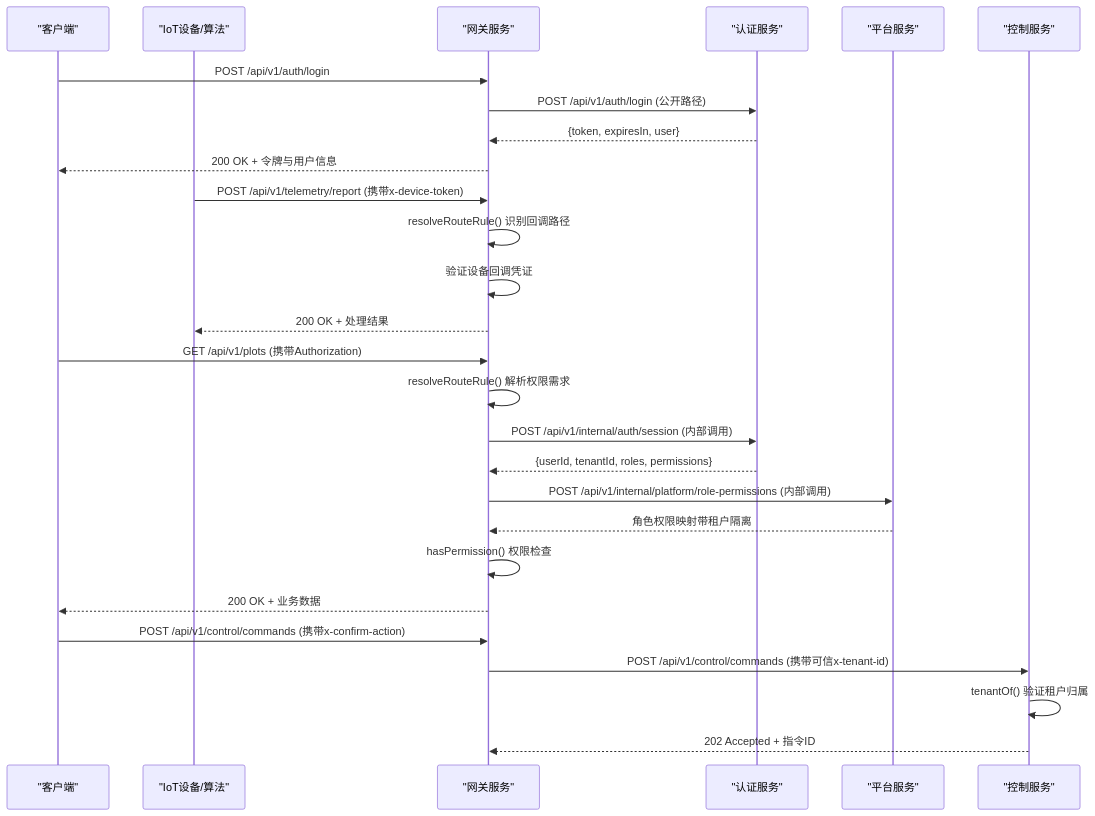
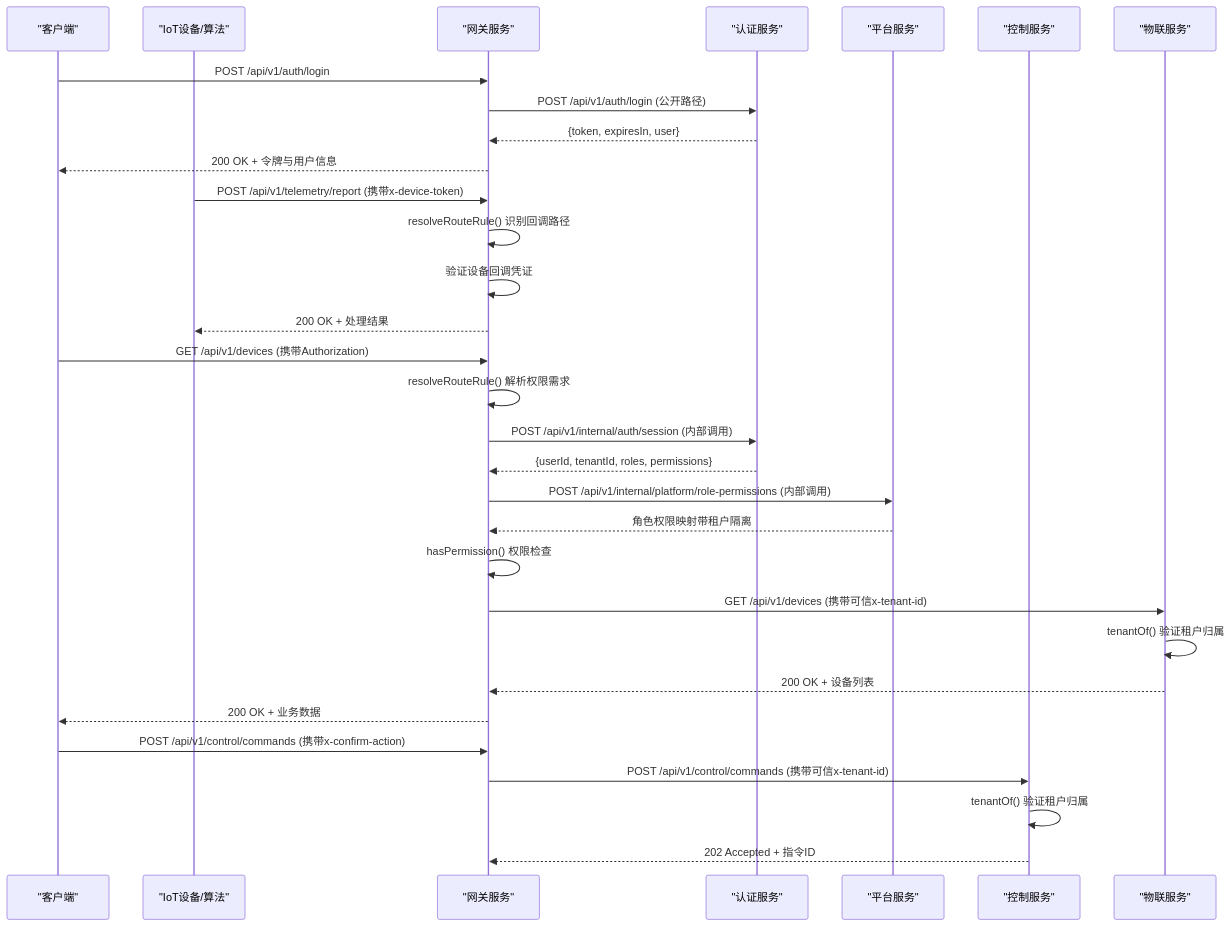
The second of 8 diagrams in .qoder/repowiki/zh/content/架构设计/安全架构.md (q446328246/agri-platform), drawn with Mermaid before and after one commit. The commit also changed other lines of this file and 35 other files, not shown here.

````diff
--- a/.qoder/repowiki/zh/content/架构设计/安全架构.md
+++ b/.qoder/repowiki/zh/content/架构设计/安全架构.md
@@ -91,29 +103,33 @@
 ```mermaid
 sequenceDiagram
 participant C as "客户端"
 participant D as "IoT设备/算法"
 participant G as "网关服务"
 participant A as "认证服务"
 participant P as "平台服务"
 participant CTL as "控制服务"
+participant IOT as "物联服务"
 C->>G : POST /api/v1/auth/login
 G->>A : POST /api/v1/auth/login (公开路径)
 A-->>G : {token, expiresIn, user}
 G-->>C : 200 OK + 令牌与用户信息
 D->>G : POST /api/v1/telemetry/report (携带x-device-token)
 G->>G : resolveRouteRule() 识别回调路径
 G->>G : 验证设备回调凭证
 G-->>D : 200 OK + 处理结果
-C->>G : GET /api/v1/plots (携带Authorization)
+C->>G : GET /api/v1/devices (携带Authorization)
 G->>G : resolveRouteRule() 解析权限需求
 G->>A : POST /api/v1/internal/auth/session (内部调用)
 A-->>G : {userId, tenantId, roles, permissions}
 G->>P : POST /api/v1/internal/platform/role-permissions (内部调用)
 P-->>G : 角色权限映射带租户隔离
 G->>G : hasPermission() 权限检查
+G->>IOT : GET /api/v1/devices (携带可信x-tenant-id)
+IOT->>IOT : tenantOf() 验证租户归属
+IOT-->>G : 200 OK + 设备列表
 G-->>C : 200 OK + 业务数据
 C->>G : POST /api/v1/control/commands (携带x-confirm-action)
 G->>CTL : POST /api/v1/control/commands (携带可信x-tenant-id)
 CTL->>CTL : tenantOf() 验证租户归属
 CTL-->>G : 202 Accepted + 指令ID
 ```
````
